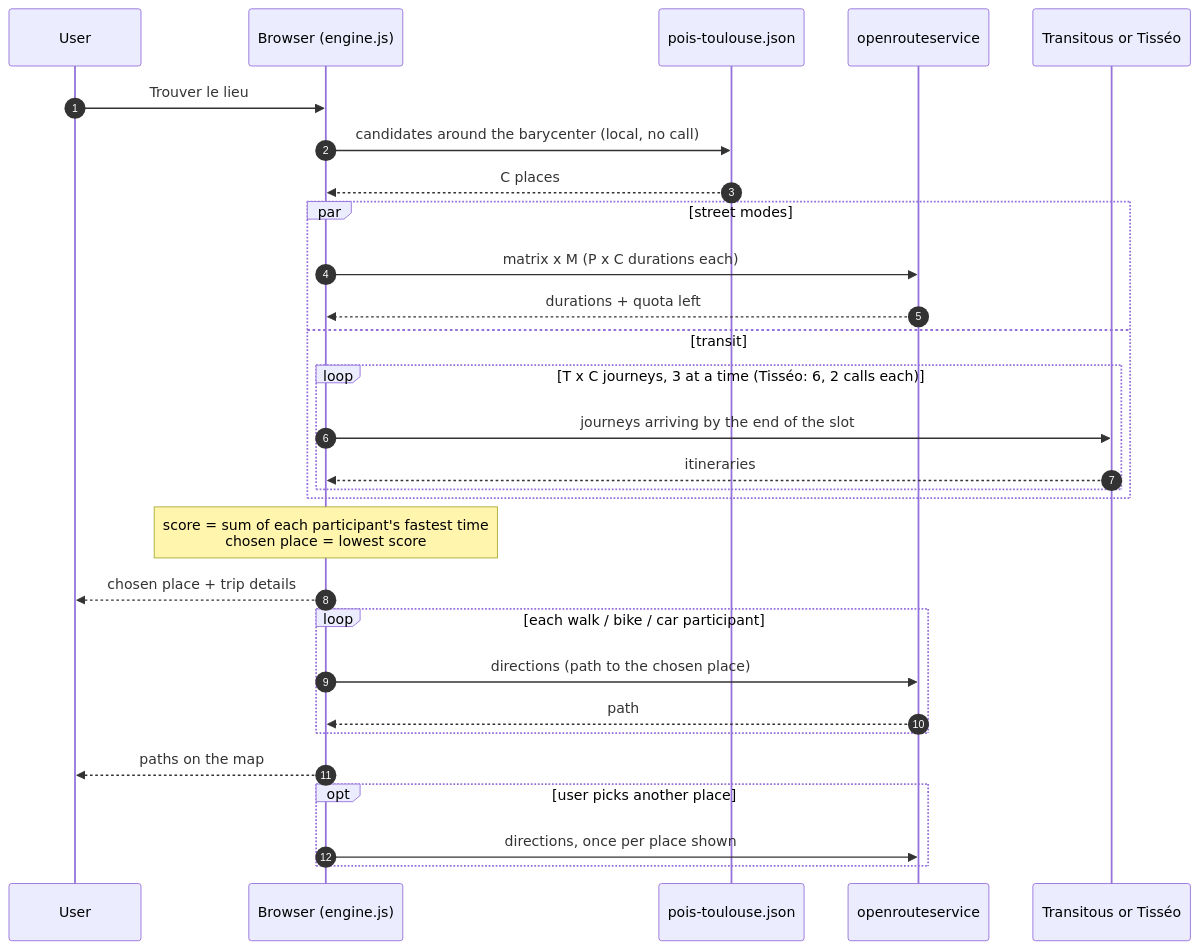
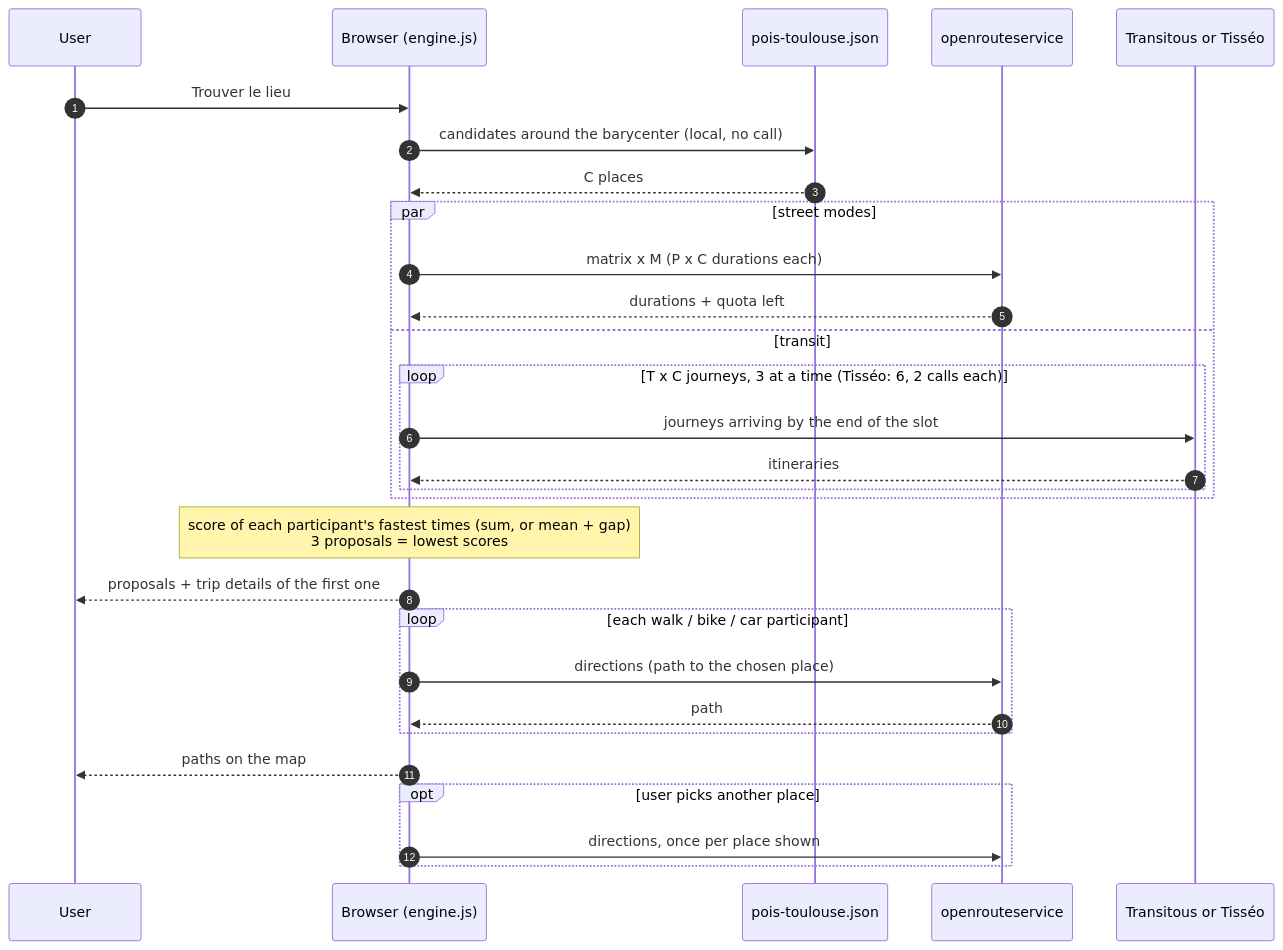
Before and after one commit to NicolasGresset/portfolio: the fourth of 4 diagrams in docs/location-pipeline.md, drawn with Mermaid. The commit also changed other lines of this file and 8 other files, not shown here.

````diff
--- a/docs/location-pipeline.md
+++ b/docs/location-pipeline.md
@@ -172,32 +181,32 @@
 ```mermaid
 sequenceDiagram
     autonumber
     participant U as User
     participant B as Browser (engine.js)
     participant J as pois-toulouse.json
     participant ORS as openrouteservice
     participant TR as Transitous or Tisséo
 
     U->>B: Trouver le lieu
     B->>J: candidates around the barycenter (local, no call)
     J-->>B: C places
     par street modes
         B->>ORS: matrix x M (P x C durations each)
         ORS-->>B: durations + quota left
     and transit
         loop T x C journeys, 3 at a time (Tisséo: 6, 2 calls each)
             B->>TR: journeys arriving by the end of the slot
             TR-->>B: itineraries
         end
     end
-    Note over B: score = sum of each participant's fastest time<br/>chosen place = lowest score
-    B-->>U: chosen place + trip details
+    Note over B: score of each participant's fastest times (sum, or mean + gap)<br/>3 proposals = lowest scores
+    B-->>U: proposals + trip details of the first one
     loop each walk / bike / car participant
         B->>ORS: directions (path to the chosen place)
         ORS-->>B: path
     end
     B-->>U: paths on the map
     opt user picks another place
         B->>ORS: directions, once per place shown
     end
 ```
````
